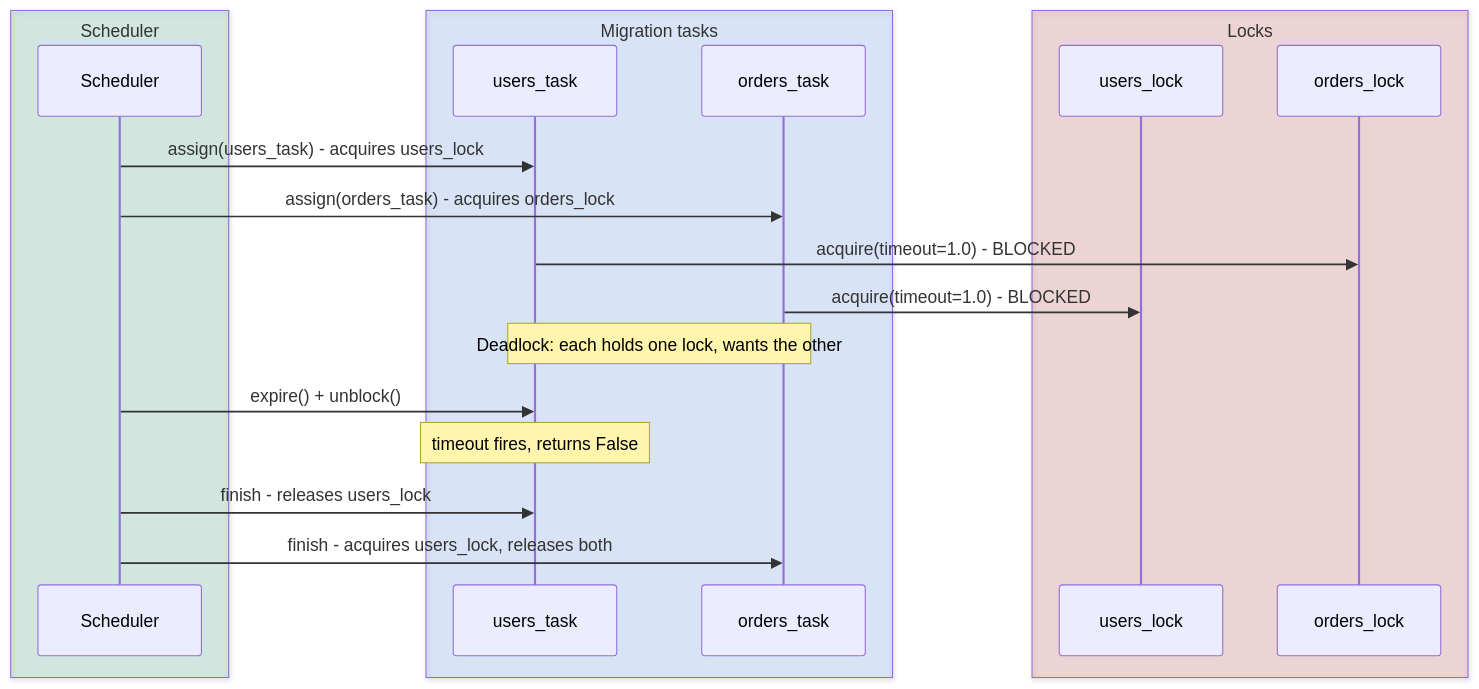
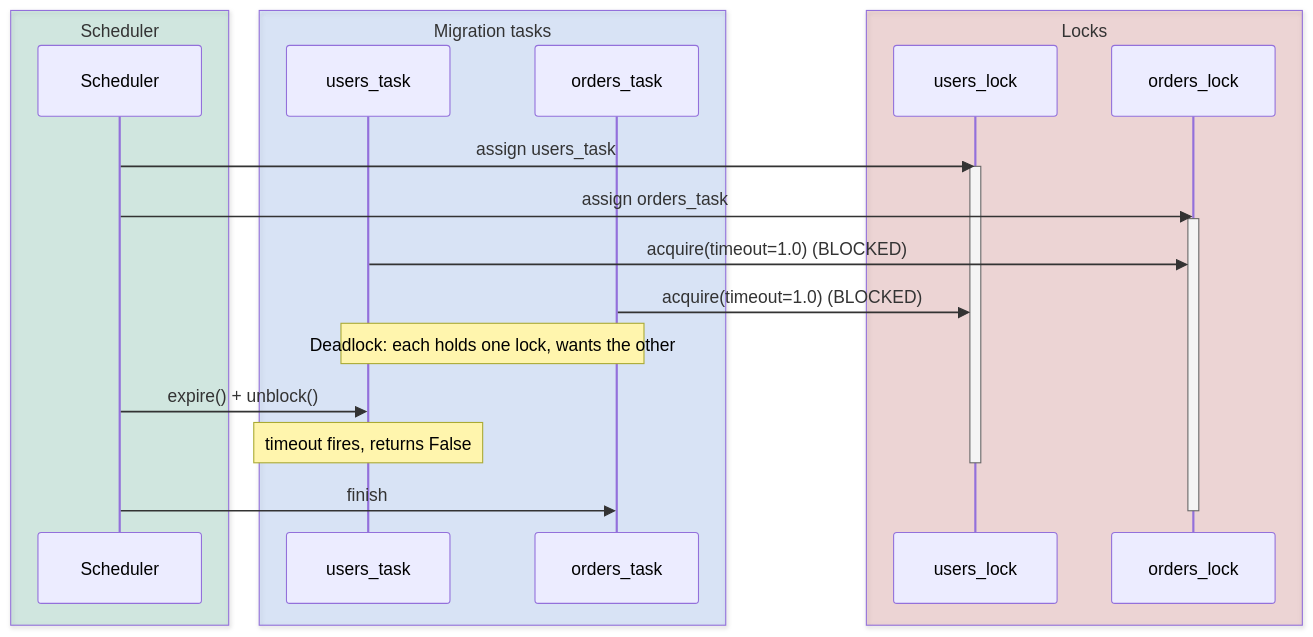
Before and after one commit to gaborbernat/bernat-tech: diagram 14 of 16 in content/posts/blanket-deterministic-threading/index.md, drawn with Mermaid. The commit also changed other lines of this file, not shown here.

Commit message:
Add activate/deactivate to all sequence diagrams

````diff
--- a/content/posts/blanket-deterministic-threading/index.md
+++ b/content/posts/blanket-deterministic-threading/index.md
@@ -869,26 +871,29 @@
 ```mermaid
 sequenceDiagram
     box rgba(5,150,105,0.15) Scheduler
         participant S as Scheduler
     end
     box rgba(59,130,246,0.15) Migration tasks
         participant UT as users_task
         participant OT as orders_task
     end
     box rgba(185,28,28,0.15) Locks
         participant UL as users_lock
         participant OL as orders_lock
     end
 
-    S->>UT: assign(users_task) - acquires users_lock
-    S->>OT: assign(orders_task) - acquires orders_lock
+    S->>UL: assign users_task
+    activate UL
+    S->>OL: assign orders_task
+    activate OL
 
-    UT->>OL: acquire(timeout=1.0) - BLOCKED
-    OT->>UL: acquire(timeout=1.0) - BLOCKED
+    UT->>OL: acquire(timeout=1.0) (BLOCKED)
+    OT->>UL: acquire(timeout=1.0) (BLOCKED)
     Note over UT,OT: Deadlock: each holds one lock, wants the other
 
     S->>UT: expire() + unblock()
     Note over UT: timeout fires, returns False
-    S->>UT: finish - releases users_lock
-    S->>OT: finish - acquires users_lock, releases both
+    deactivate UL
+    S->>OT: finish
+    deactivate OL
 ```
````
